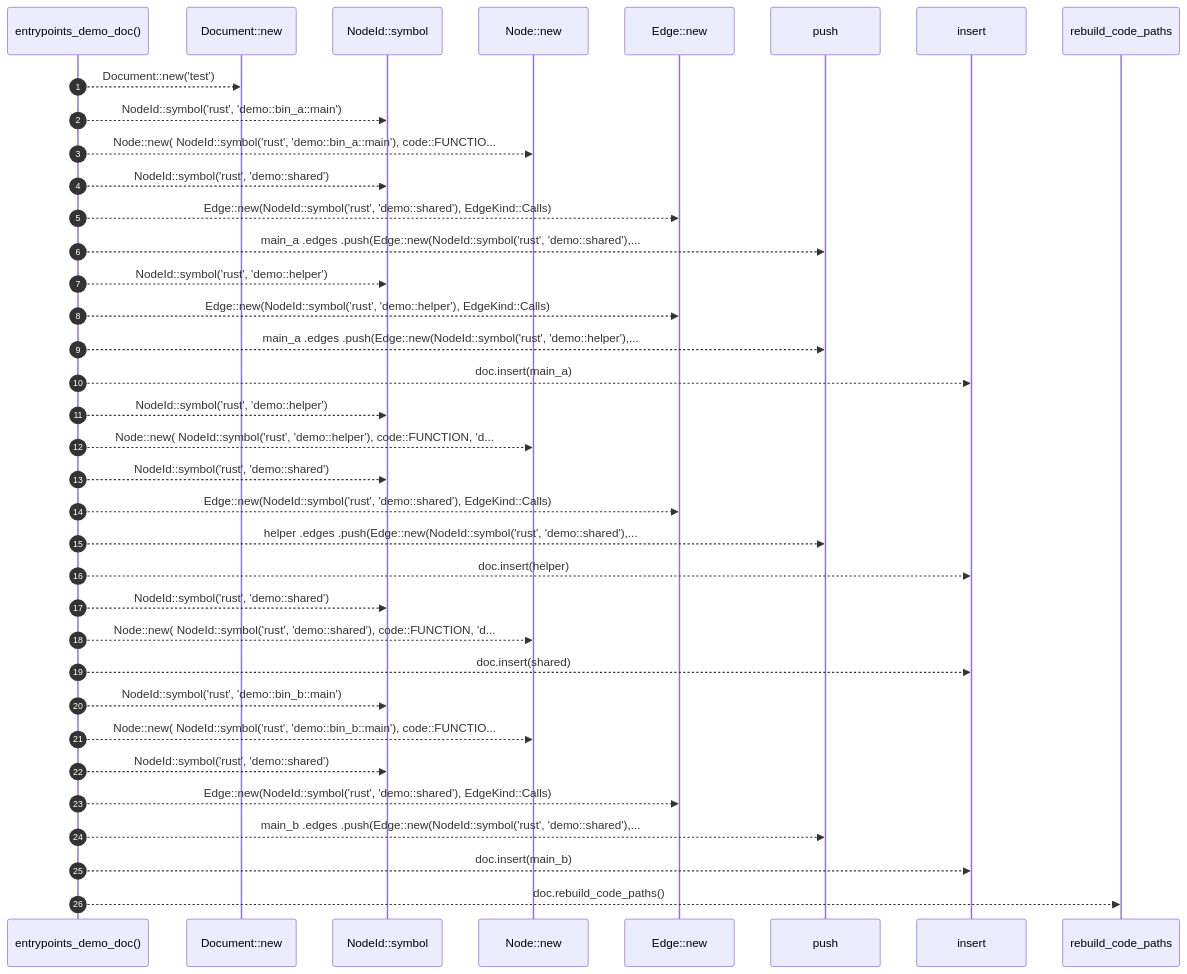
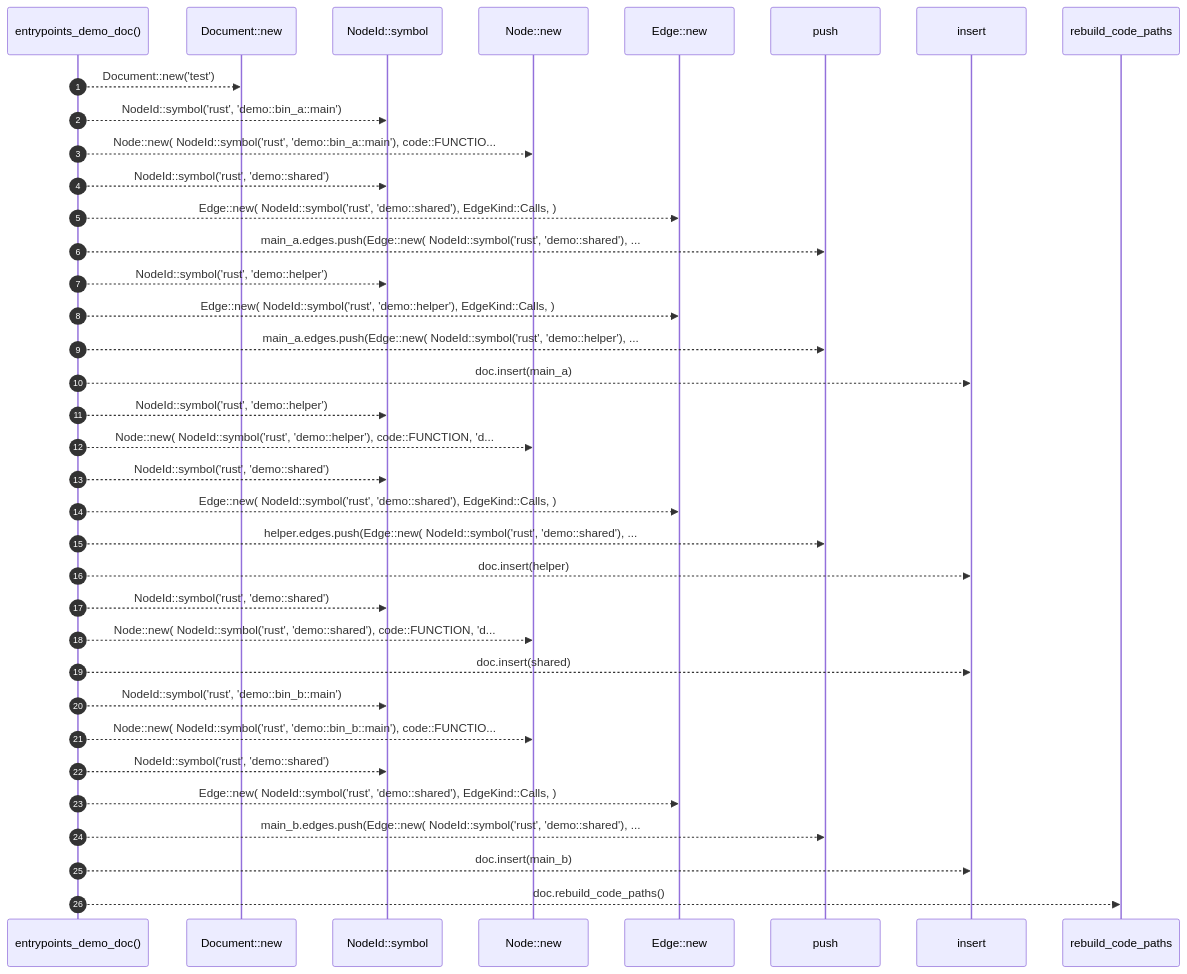
One commit to RyanGuild/self-describing-code changed the diagram in docs/self-model/robby_render/test_web/entrypoints-demo-doc.md. Above: the diagram before and after it, drawn with Mermaid. The commit also changed other lines of this file and 747 other files, not shown here.

````diff
--- a/docs/self-model/robby_render/test_web/entrypoints-demo-doc.md
+++ b/docs/self-model/robby_render/test_web/entrypoints-demo-doc.md
@@ -64,38 +68,38 @@
 ```mermaid
 sequenceDiagram
     autonumber
     participant entrypoints_demo_doc as entrypoints_demo_doc()
     participant Document__new as Document::new
     participant NodeId__symbol as NodeId::symbol
     participant Node__new as Node::new
     participant Edge__new as Edge::new
     participant push as push
     participant insert as insert
     participant rebuild_code_paths as rebuild_code_paths
     entrypoints_demo_doc-->>Document__new: Document::new('test')
     entrypoints_demo_doc-->>NodeId__symbol: NodeId::symbol('rust', 'demo::bin_a::main')
     entrypoints_demo_doc-->>Node__new: Node::new( NodeId::symbol('rust', 'demo::bin_a::main'), code::FUNCTIO...
     entrypoints_demo_doc-->>NodeId__symbol: NodeId::symbol('rust', 'demo::shared')
-    entrypoints_demo_doc-->>Edge__new: Edge::new(NodeId::symbol('rust', 'demo::shared'), EdgeKind::Calls)
-    entrypoints_demo_doc-->>push: main_a .edges .push(Edge::new(NodeId::symbol('rust', 'demo::shared'),...
+    entrypoints_demo_doc-->>Edge__new: Edge::new( NodeId::symbol('rust', 'demo::shared'), EdgeKind::Calls, )
+    entrypoints_demo_doc-->>push: main_a.edges.push(Edge::new( NodeId::symbol('rust', 'demo::shared'), ...
     entrypoints_demo_doc-->>NodeId__symbol: NodeId::symbol('rust', 'demo::helper')
-    entrypoints_demo_doc-->>Edge__new: Edge::new(NodeId::symbol('rust', 'demo::helper'), EdgeKind::Calls)
-    entrypoints_demo_doc-->>push: main_a .edges .push(Edge::new(NodeId::symbol('rust', 'demo::helper'),...
+    entrypoints_demo_doc-->>Edge__new: Edge::new( NodeId::symbol('rust', 'demo::helper'), EdgeKind::Calls, )
+    entrypoints_demo_doc-->>push: main_a.edges.push(Edge::new( NodeId::symbol('rust', 'demo::helper'), ...
     entrypoints_demo_doc-->>insert: doc.insert(main_a)
     entrypoints_demo_doc-->>NodeId__symbol: NodeId::symbol('rust', 'demo::helper')
     entrypoints_demo_doc-->>Node__new: Node::new( NodeId::symbol('rust', 'demo::helper'), code::FUNCTION, 'd...
     entrypoints_demo_doc-->>NodeId__symbol: NodeId::symbol('rust', 'demo::shared')
-    entrypoints_demo_doc-->>Edge__new: Edge::new(NodeId::symbol('rust', 'demo::shared'), EdgeKind::Calls)
-    entrypoints_demo_doc-->>push: helper .edges .push(Edge::new(NodeId::symbol('rust', 'demo::shared'),...
+    entrypoints_demo_doc-->>Edge__new: Edge::new( NodeId::symbol('rust', 'demo::shared'), EdgeKind::Calls, )
+    entrypoints_demo_doc-->>push: helper.edges.push(Edge::new( NodeId::symbol('rust', 'demo::shared'), ...
     entrypoints_demo_doc-->>insert: doc.insert(helper)
     entrypoints_demo_doc-->>NodeId__symbol: NodeId::symbol('rust', 'demo::shared')
     entrypoints_demo_doc-->>Node__new: Node::new( NodeId::symbol('rust', 'demo::shared'), code::FUNCTION, 'd...
     entrypoints_demo_doc-->>insert: doc.insert(shared)
     entrypoints_demo_doc-->>NodeId__symbol: NodeId::symbol('rust', 'demo::bin_b::main')
     entrypoints_demo_doc-->>Node__new: Node::new( NodeId::symbol('rust', 'demo::bin_b::main'), code::FUNCTIO...
     entrypoints_demo_doc-->>NodeId__symbol: NodeId::symbol('rust', 'demo::shared')
-    entrypoints_demo_doc-->>Edge__new: Edge::new(NodeId::symbol('rust', 'demo::shared'), EdgeKind::Calls)
-    entrypoints_demo_doc-->>push: main_b .edges .push(Edge::new(NodeId::symbol('rust', 'demo::shared'),...
+    entrypoints_demo_doc-->>Edge__new: Edge::new( NodeId::symbol('rust', 'demo::shared'), EdgeKind::Calls, )
+    entrypoints_demo_doc-->>push: main_b.edges.push(Edge::new( NodeId::symbol('rust', 'demo::shared'), ...
     entrypoints_demo_doc-->>insert: doc.insert(main_b)
     entrypoints_demo_doc-->>rebuild_code_paths: doc.rebuild_code_paths()
 ```
````
